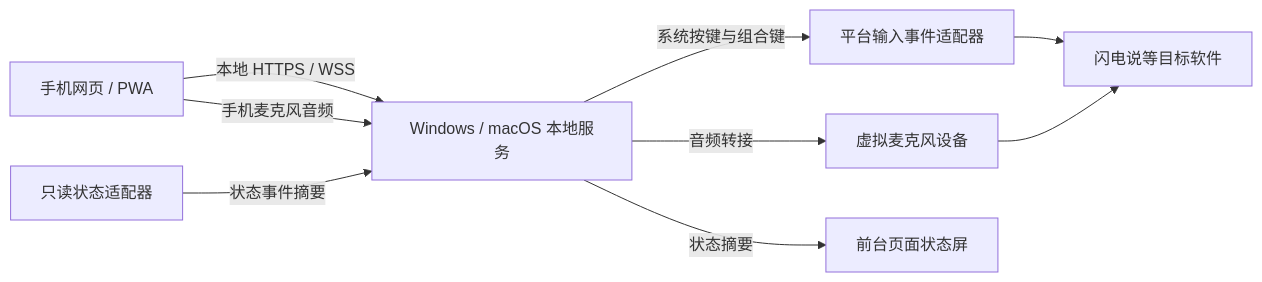
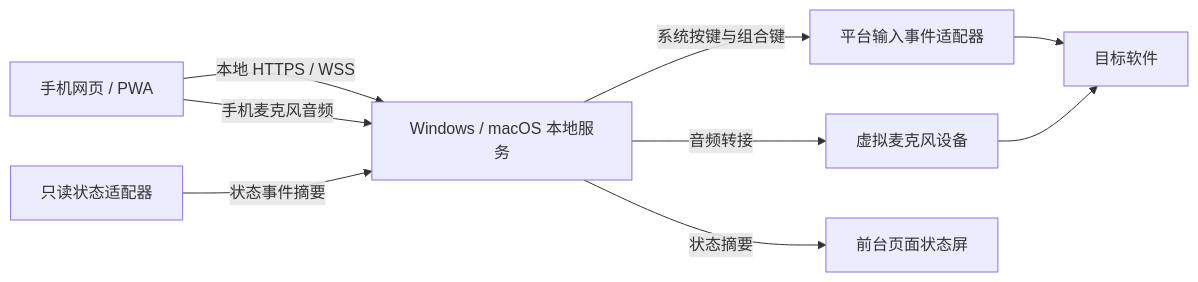
Before and after one commit to xiemin2161/shunyan: the diagram in 方案.md, drawn with Mermaid. The commit also changed other lines of this file and 26 other files, not shown here.

````diff
--- a/方案.md
+++ b/方案.md
@@ -49,11 +49,11 @@
 ```mermaid
 flowchart LR
   PWA[手机网页 / PWA] -->|本地 HTTPS / WSS| Host[Windows / macOS 本地服务]
   PWA -->|手机麦克风音频| Host
   Host -->|系统按键与组合键| Keys[平台输入事件适配器]
-  Keys --> App[闪电说等目标软件]
+  Keys --> App[目标软件]
   Host -->|音频转接| Cable[虚拟麦克风设备]
   Cable --> App
   Codex[只读状态适配器] -->|状态事件摘要| Host
   Host -->|状态摘要| Screen[前台页面状态屏]
 ```
````
